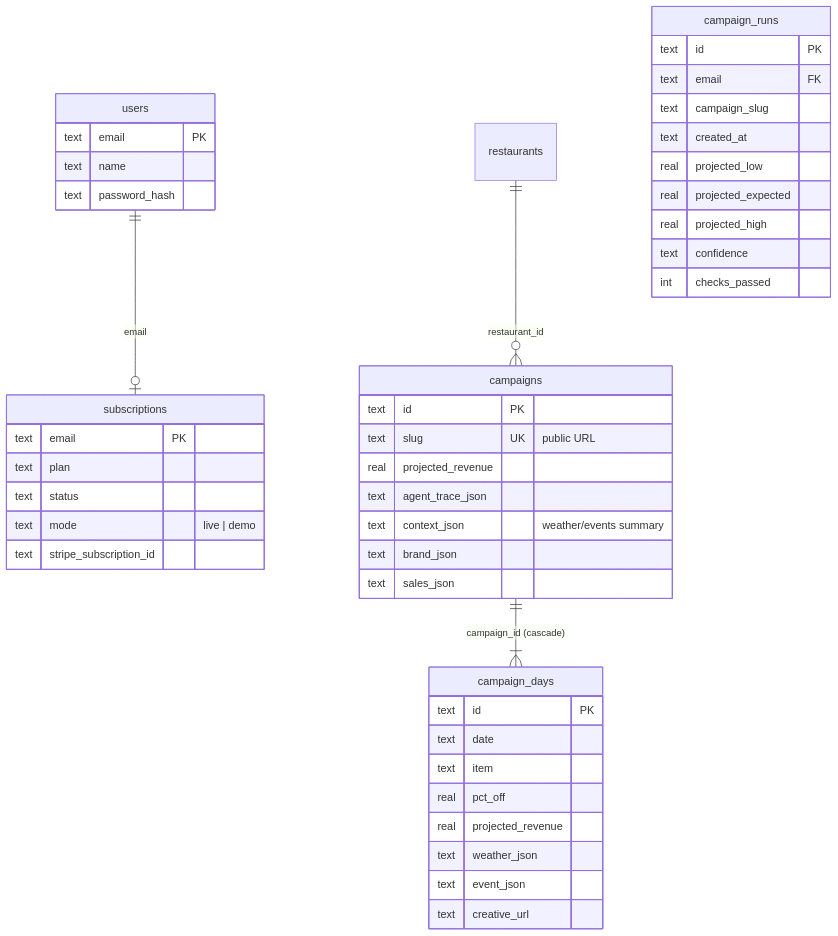
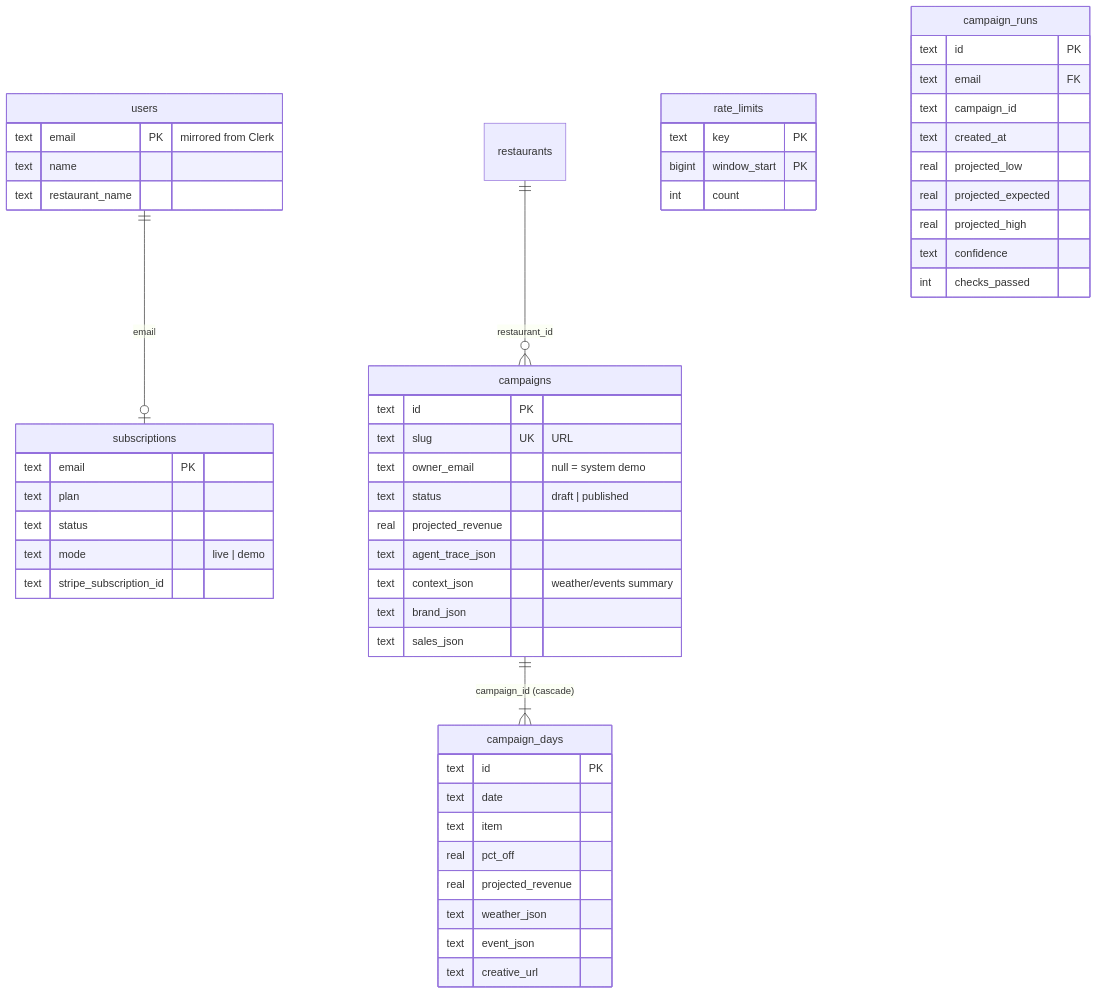
Before and after one commit to rohitdvv/swell: the fifth of 5 diagrams in ARCHITECTURE.md, drawn with Mermaid. The commit also changed other lines of this file and 13 other files, not shown here.

First line of the commit message:
Fix unreadable poster text in production; refresh README + ARCHITECTURE

````diff
--- a/ARCHITECTURE.md
+++ b/ARCHITECTURE.md
@@ -198,48 +224,55 @@
 ```mermaid
 erDiagram
   users ||--o| subscriptions : "email"
   restaurants ||--o{ campaigns : "restaurant_id"
   campaigns ||--|{ campaign_days : "campaign_id (cascade)"
   users {
-    text email PK
+    text email PK "mirrored from Clerk"
     text name
-    text password_hash
+    text restaurant_name
   }
   subscriptions {
     text email PK
     text plan
     text status
     text mode "live | demo"
     text stripe_subscription_id
   }
   campaigns {
     text id PK
-    text slug UK "public URL"
+    text slug UK "URL"
+    text owner_email "null = system demo"
+    text status "draft | published"
     real projected_revenue
     text agent_trace_json
     text context_json "weather/events summary"
     text brand_json
     text sales_json
   }
   campaign_days {
     text id PK
     text date
     text item
     real pct_off
     real projected_revenue
     text weather_json
     text event_json
     text creative_url
   }
+  rate_limits {
+    text key PK
+    bigint window_start PK
+    int count
+  }
   campaign_runs {
     text id PK
     text email FK
-    text campaign_slug
+    text campaign_id
     text created_at
     real projected_low
     real projected_expected
     real projected_high
     text confidence
     int checks_passed
   }
 ```
````
